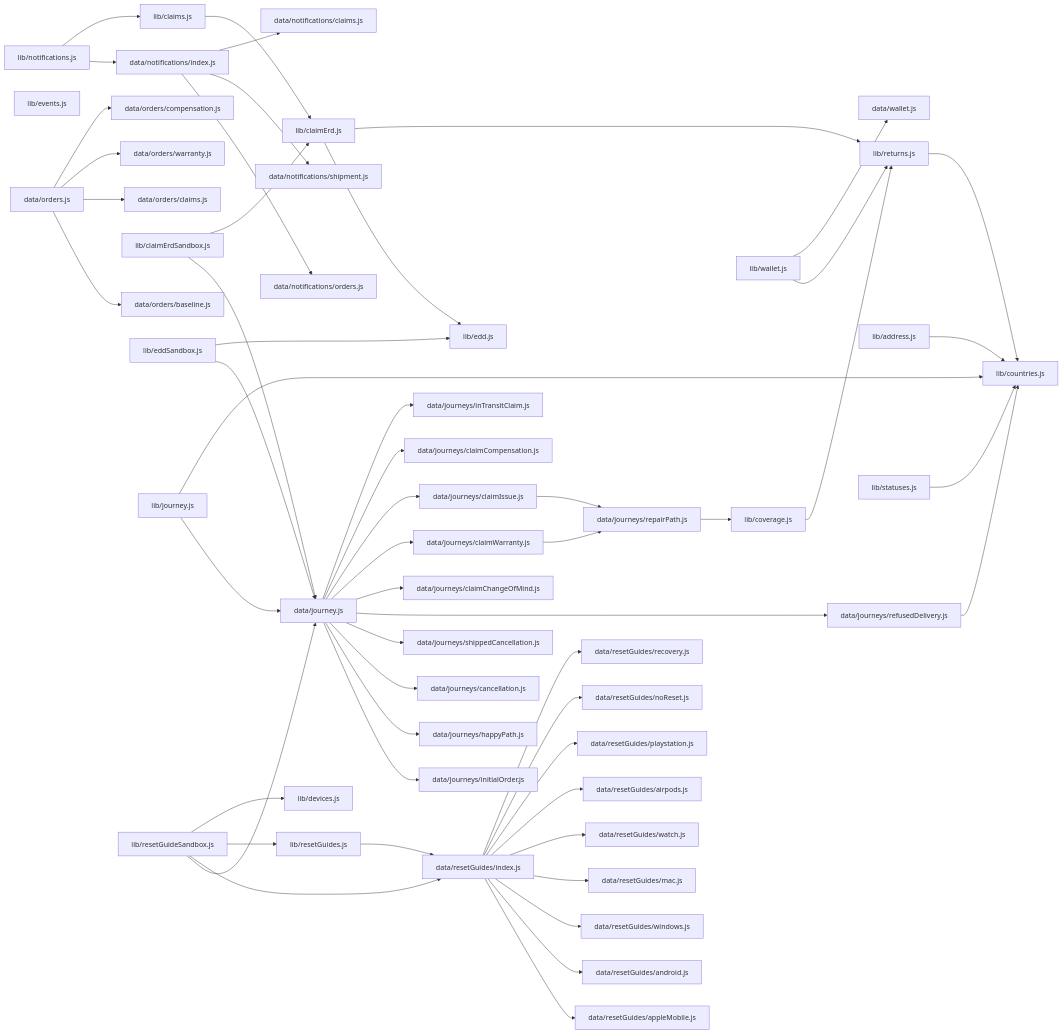
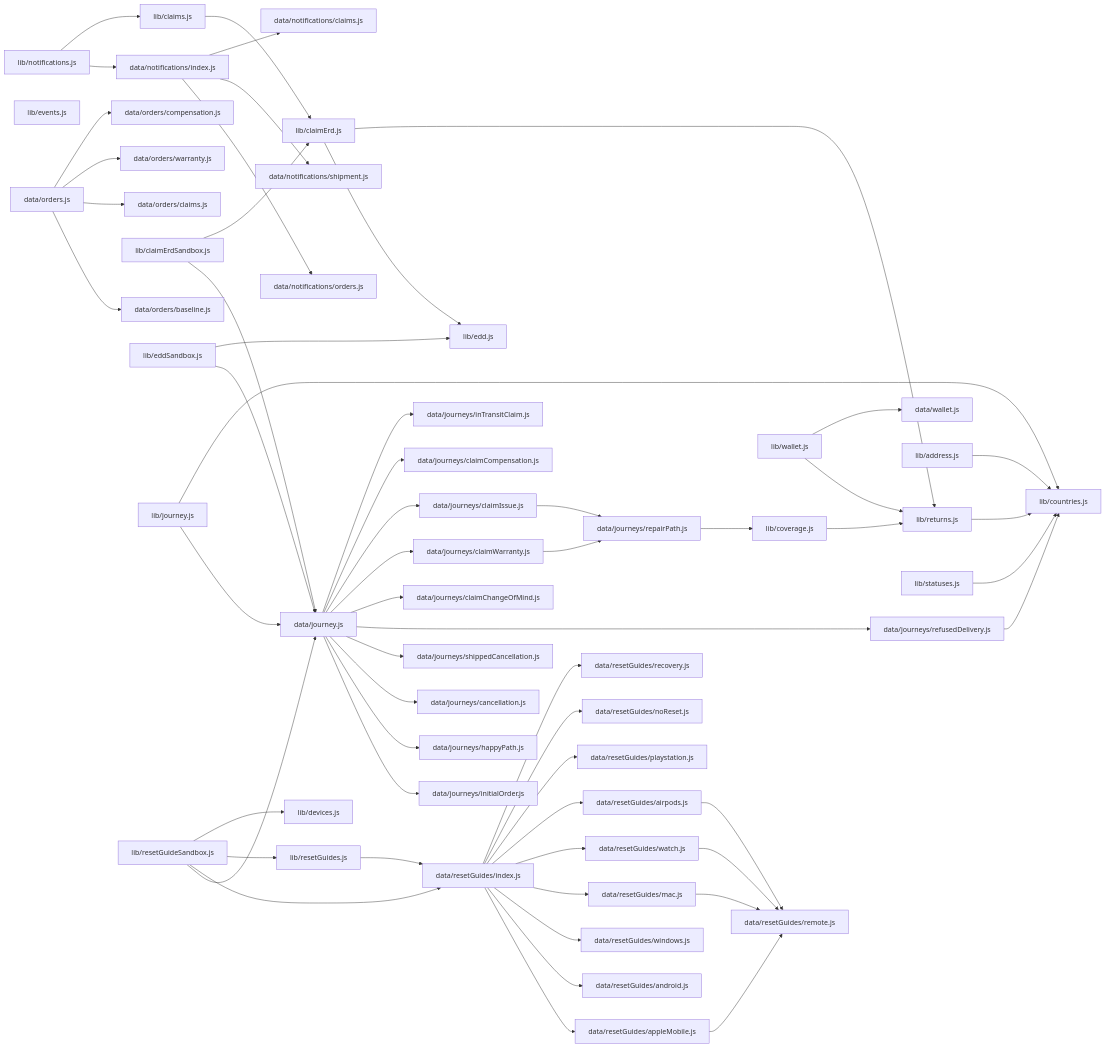
Before and after one commit to andrea-revibe/my-account-redesign-v2: the diagram in docs/code_map.md, drawn with Mermaid. The commit also changed other lines of this file and 27 other files, not shown here.

First line of the commit message:
feat: one strict guided reset for returns and warranties + remote unlink carousel

```diff
--- a/docs/code_map.md
+++ b/docs/code_map.md
@@ -318,6 +319,7 @@
   data_resetGuides_noReset_js["data/resetGuides/noReset.js"]
   data_resetGuides_playstation_js["data/resetGuides/playstation.js"]
   data_resetGuides_recovery_js["data/resetGuides/recovery.js"]
+  data_resetGuides_remote_js["data/resetGuides/remote.js"]
   data_resetGuides_watch_js["data/resetGuides/watch.js"]
   data_resetGuides_windows_js["data/resetGuides/windows.js"]
   data_wallet_js["data/wallet.js"]
@@ -359,6 +361,8 @@
   data_orders_js --> data_orders_claims_js
   data_orders_js --> data_orders_warranty_js
   data_orders_js --> data_orders_compensation_js
+  data_resetGuides_airpods_js --> data_resetGuides_remote_js
+  data_resetGuides_appleMobile_js --> data_resetGuides_remote_js
   data_resetGuides_index_js --> data_resetGuides_appleMobile_js
   data_resetGuides_index_js --> data_resetGuides_android_js
   data_resetGuides_index_js --> data_resetGuides_windows_js
@@ -368,6 +372,8 @@
   data_resetGuides_index_js --> data_resetGuides_playstation_js
   data_resetGuides_index_js --> data_resetGuides_noReset_js
   data_resetGuides_index_js --> data_resetGuides_recovery_js
+  data_resetGuides_mac_js --> data_resetGuides_remote_js
+  data_resetGuides_watch_js --> data_resetGuides_remote_js
   lib_address_js --> lib_countries_js
   lib_claimErd_js --> lib_edd_js
   lib_claimErd_js --> lib_returns_js
```
